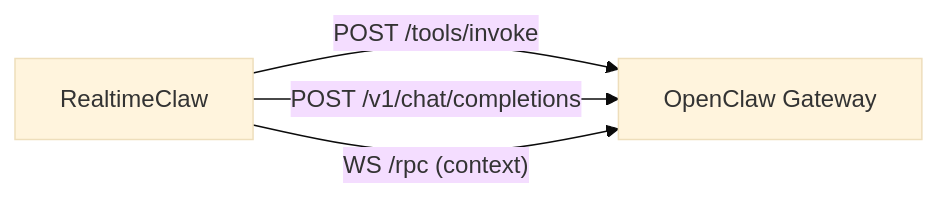
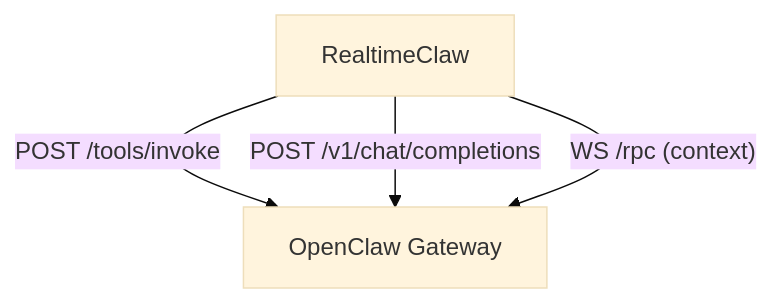
One commit to ufelmann/RealtimeClaw changed the fifth of 5 diagrams in README.md. Above: the diagram before and after it, drawn with Mermaid (base theme). The commit also changed other lines of this file and 6 other files, not shown here.

````diff
--- a/README.md
+++ b/README.md
@@ -167,9 +179,9 @@
 ```mermaid
-flowchart LR
+flowchart TD
     RC["RealtimeClaw"]
     OC["OpenClaw Gateway"]
 
     RC -- "POST /tools/invoke" --> OC
     RC -- "POST /v1/chat/completions" --> OC
     RC -- "WS /rpc (context)" --> OC
 ```
````
